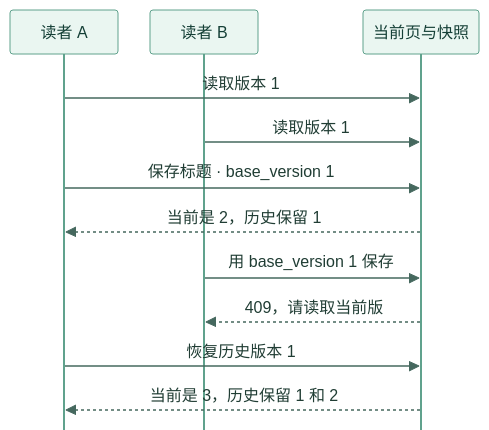
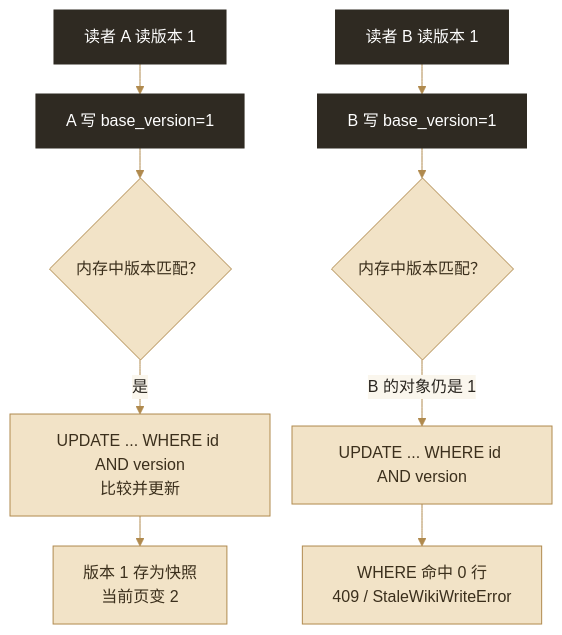
The diagram in tutorials/04-knowledge-base/05-C-Wiki版本与回滚.md (wenmo-yu/careerlens), drawn with Mermaid before and after one commit. The commit also changed other lines of this file and 6 other files, not shown here.

````diff
--- a/tutorials/04-knowledge-base/05-C-Wiki版本与回滚.md
+++ b/tutorials/04-knowledge-base/05-C-Wiki版本与回滚.md
@@ -11,16 +15,17 @@
 ```mermaid
-%%{init: {"theme":"base","themeVariables":{"fontFamily":"system-ui, sans-serif","actorBkg":"#eaf6f1","actorBorder":"#60a28d","actorTextColor":"#143f36","signalColor":"#45685e","signalTextColor":"#203d34","noteBkgColor":"#fff3dc","noteBorderColor":"#bd8d44"},"sequence":{"width":108,"height":44,"actorMargin":32,"messageMargin":22,"mirrorActors":false}}}%%
-sequenceDiagram
-    accTitle: 两位读者基于同一版本编辑
-    participant A as 读者 A
-    participant B as 读者 B
-    participant DB as 当前页与快照
-    A->>DB: 读取版本 1
-    B->>DB: 读取版本 1
-    A->>DB: 保存标题 · base_version 1
-    DB-->>A: 当前是 2，历史保留 1
-    B->>DB: 用 base_version 1 保存
-    DB-->>B: 409，请读取当前版
-    A->>DB: 恢复历史版本 1
-    DB-->>A: 当前是 3，历史保留 1 和 2
+%%{init: {"theme":"base","themeVariables":{"fontFamily":"system-ui, sans-serif","lineColor":"#b08a4e","edgeLabelBackground":"#faf6ed","primaryColor":"#fdfbf6","primaryBorderColor":"#c9a86a","primaryTextColor":"#2a2620","lineColorText":"#2a2620"},"flowchart":{"nodeSpacing":22,"rankSpacing":30,"curve":"basis"}}}%%
+flowchart TD
+    accTitle: 乐观并发用两层版本检查拒绝过期写入
+    r1["读者 A 读版本 1"] --> w1["A 写 base_version=1"]
+    r2["读者 B 读版本 1"] --> w2["B 写 base_version=1"]
+    w1 --> chk1{"内存中版本匹配？"}
+    chk1 -->|是| cas["UPDATE ... WHERE id AND version<br/>比较并更新"]
+    w2 --> chk1b{"内存中版本匹配？"}
+    chk1b -->|"B 的对象仍是 1"| cas2["UPDATE ... WHERE id AND version"]
+    cas --> snap["版本 1 存为快照<br/>当前页变 2"]
+    cas2 --> fail["WHERE 命中 0 行<br/>409 / StaleWikiWriteError"]
+    class r1,r2,w1,w2 endpoints
+    class chk1,chk1b,cas,cas2,snap,fail work
+    classDef endpoints fill:#2f2a22,stroke:#2f2a22,color:#fff
+    classDef work fill:#f2e3c7,stroke:#b08a4e,color:#3b2f1c
 ```
````
